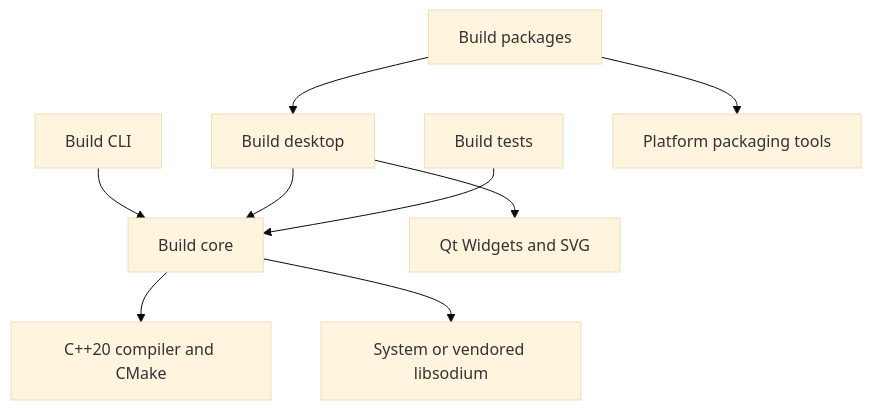
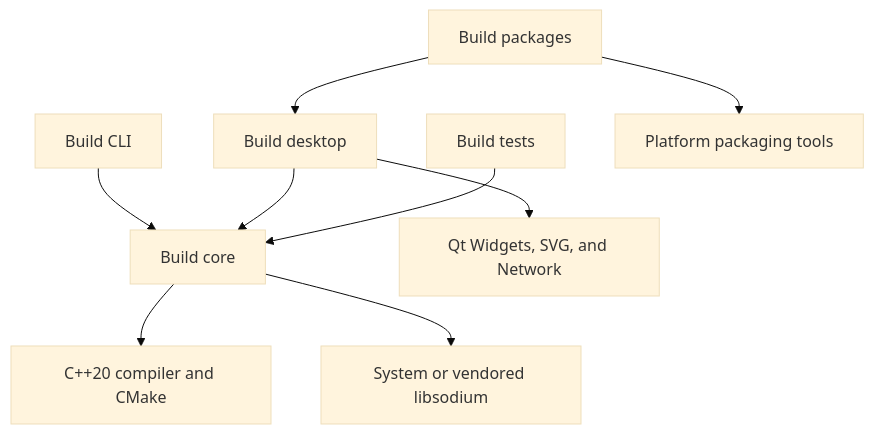
One commit to res138/nightlock changed the diagram in docs/getting-started/prerequisites.md. Above: the diagram before and after it, drawn with Mermaid (base theme). The commit also changed other lines of this file and 20 other files, not shown here.

````diff
--- a/docs/getting-started/prerequisites.md
+++ b/docs/getting-started/prerequisites.md
@@ -91,11 +91,11 @@
 ```mermaid
 graph TD
     CORE["Build core"] --> CPP["C++20 compiler and CMake"]
     CORE --> SODIUM["System or vendored libsodium"]
     CLI["Build CLI"] --> CORE
     DESKTOP["Build desktop"] --> CORE
-    DESKTOP --> QT["Qt Widgets and SVG"]
+    DESKTOP --> QT["Qt Widgets, SVG, and Network"]
     TESTS["Build tests"] --> CORE
     PACKAGE["Build packages"] --> DESKTOP
     PACKAGE --> TOOLS["Platform packaging tools"]
 ```
````
